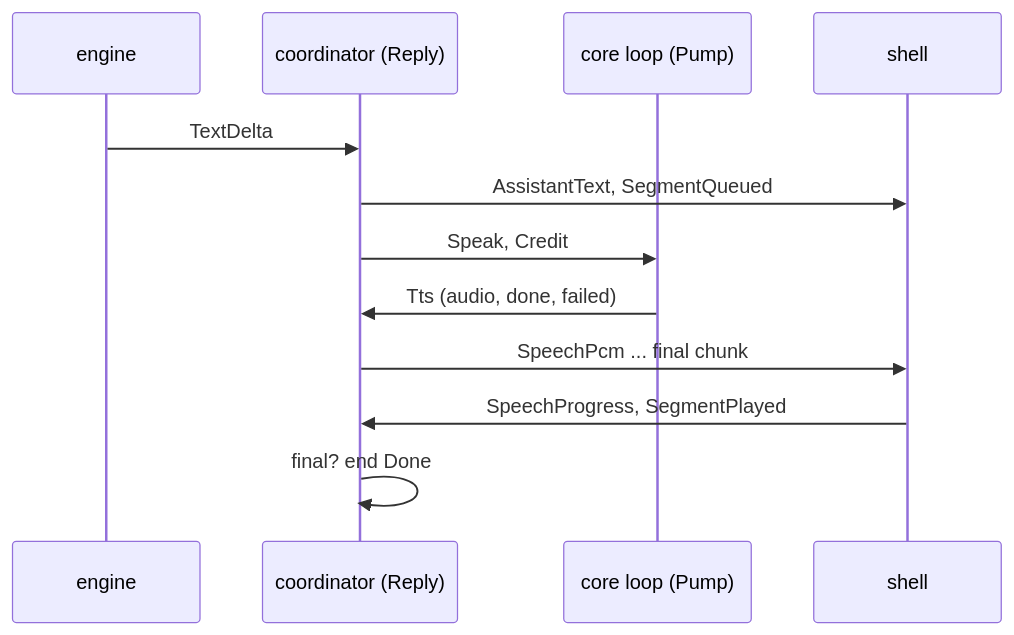
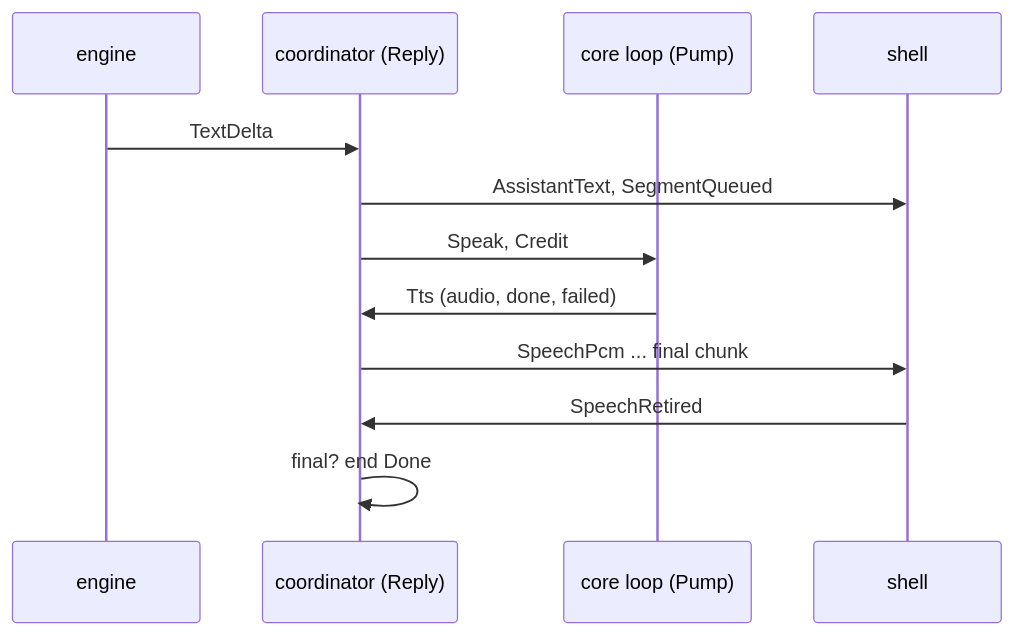
Before and after one commit to labcoder/capsula: the fifth of 12 diagrams in docs/development/voice.md, drawn with Mermaid. The commit also changed other lines of this file and 25 other files, not shown here.

````diff
--- a/docs/development/voice.md
+++ b/docs/development/voice.md
@@ -301,14 +300,14 @@
 ```mermaid
 sequenceDiagram
   participant E as engine
   participant C as coordinator (Reply)
   participant L as core loop (Pump)
   participant S as shell
   E->>C: TextDelta
   C->>S: AssistantText, SegmentQueued
   C->>L: Speak, Credit
   L->>C: Tts (audio, done, failed)
   C->>S: SpeechPcm ... final chunk
-  S->>C: SpeechProgress, SegmentPlayed
+  S->>C: SpeechRetired
   C->>C: final? end Done
 ```
````
